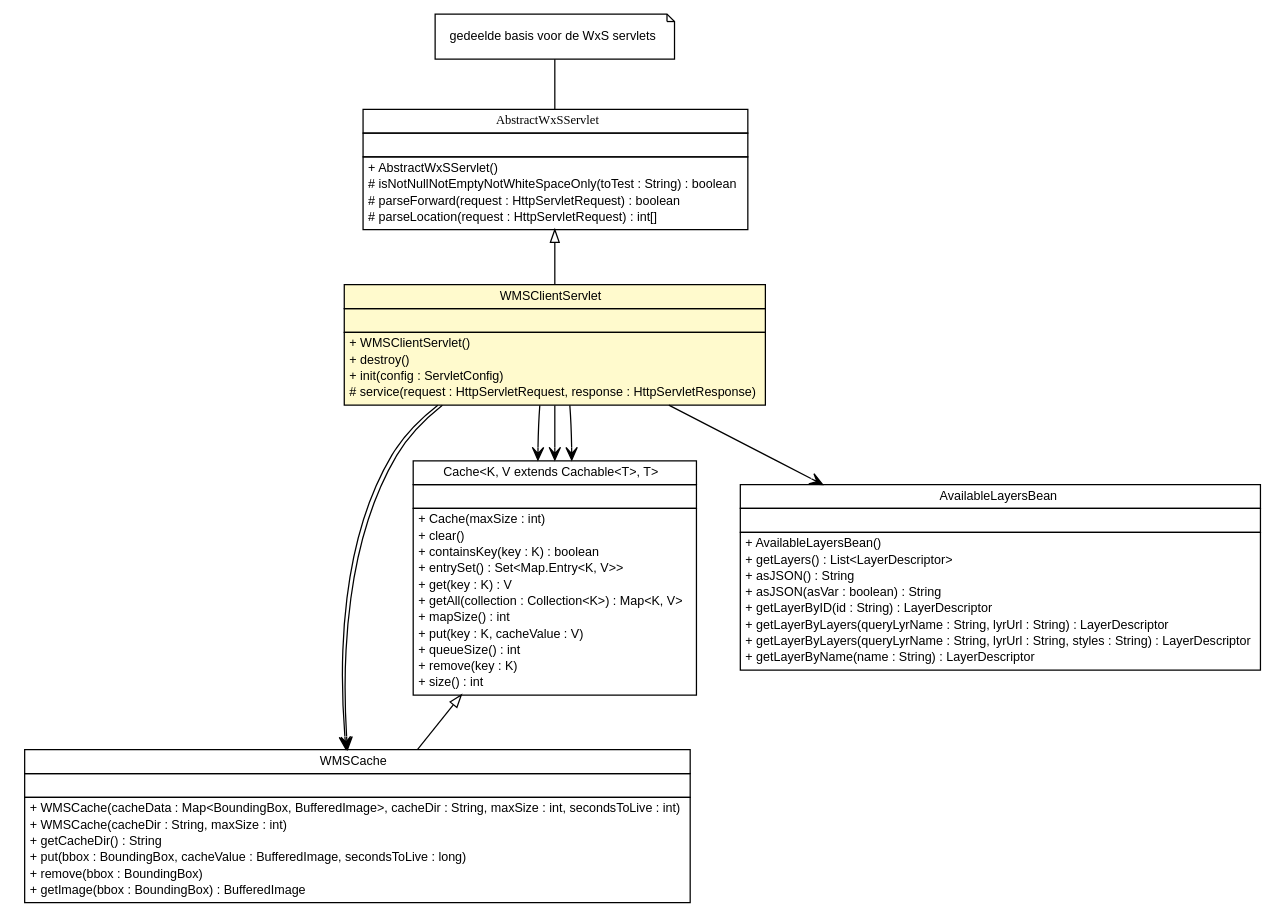
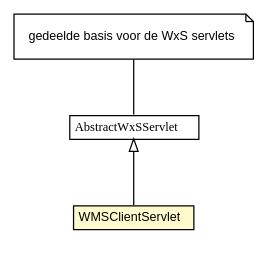
One commit to MinELenI/CBSviewer changed the diagram in apidocs/nl/mineleni/cbsviewer/servlet/wms/WMSClientServlet.dot. Above: the diagram before and after it, drawn with Graphviz. The commit also changed 1016 other files, not shown here.

```diff
--- a/apidocs/nl/mineleni/cbsviewer/servlet/wms/WMSClientServlet.dot
+++ b/apidocs/nl/mineleni/cbsviewer/servlet/wms/WMSClientServlet.dot
@@ -1,123 +1,33 @@
 #!/usr/local/bin/dot
 #
 # Class diagram 
-# Generated by UMLGraph version R5_6 (http://www.umlgraph.org/)
+# Generated by UMLGraph version R5_6-24-gf6e263 (http://www.umlgraph.org/)
 #
 
 digraph G {
 	edge [fontname="arial",fontsize=10,labelfontname="arial",labelfontsize=10];
 	node [fontname="arial",fontsize=10,shape=plaintext];
 	nodesep=0.25;
 	ranksep=0.5;
 	// nl.mineleni.cbsviewer.servlet.AbstractWxSServlet
-	c2704 [label=<<table title="nl.mineleni.cbsviewer.servlet.AbstractWxSServlet" border="0" cellborder="1" cellspacing="0" cellpadding="2" port="p" href="../AbstractWxSServlet.html">
+	c4220 [label=<<table title="nl.mineleni.cbsviewer.servlet.AbstractWxSServlet" border="0" cellborder="1" cellspacing="0" cellpadding="2" port="p" href="../AbstractWxSServlet.html">
 		<tr><td><table border="0" cellspacing="0" cellpadding="1">
 <tr><td align="center" balign="center"><font face="arial italic"> AbstractWxSServlet </font></td></tr>
 		</table></td></tr>
-		<tr><td><table border="0" cellspacing="0" cellpadding="1">
-<tr><td align="left" balign="left">  </td></tr>
-		</table></td></tr>
-		<tr><td><table border="0" cellspacing="0" cellpadding="1">
-<tr><td align="left" balign="left"> + AbstractWxSServlet() </td></tr>
-<tr><td align="left" balign="left"> # isNotNullNotEmptyNotWhiteSpaceOnly(toTest : String) : boolean </td></tr>
-<tr><td align="left" balign="left"> # parseForward(request : HttpServletRequest) : boolean </td></tr>
-<tr><td align="left" balign="left"> # parseLocation(request : HttpServletRequest) : int[] </td></tr>
-		</table></td></tr>
 		</table>>, URL="../AbstractWxSServlet.html", fontname="arial", fontcolor="black", fontsize=10.0];
 	// Note annotation
-	n0cc2704 [label=<<table title="nl.mineleni.cbsviewer.servlet.AbstractWxSServlet" border="0" cellborder="0" cellspacing="0" cellpadding="2" port="p" href="../AbstractWxSServlet.html">
+	n0cc4220 [label=<<table title="nl.mineleni.cbsviewer.servlet.AbstractWxSServlet" border="0" cellborder="0" cellspacing="0" cellpadding="2" port="p" href="../AbstractWxSServlet.html">
 		<tr><td><table border="0" cellspacing="0" cellpadding="1">
 <tr><td align="left" balign="left"> gedeelde basis voor de WxS servlets </td></tr>
 		</table></td></tr>
 		</table>>, fontname="arial", fontcolor="black", fontsize=10.0, shape=note];
-	n0cc2704 -> c2704:p[arrowhead=none];
+	n0cc4220 -> c4220:p[arrowhead=none];
 	// nl.mineleni.cbsviewer.servlet.wms.WMSClientServlet
-	c2710 [label=<<table title="nl.mineleni.cbsviewer.servlet.wms.WMSClientServlet" border="0" cellborder="1" cellspacing="0" cellpadding="2" port="p" bgcolor="lemonChiffon" href="./WMSClientServlet.html">
+	c4226 [label=<<table title="nl.mineleni.cbsviewer.servlet.wms.WMSClientServlet" border="0" cellborder="1" cellspacing="0" cellpadding="2" port="p" bgcolor="lemonChiffon" href="./WMSClientServlet.html">
 		<tr><td><table border="0" cellspacing="0" cellpadding="1">
 <tr><td align="center" balign="center"> WMSClientServlet </td></tr>
 		</table></td></tr>
-		<tr><td><table border="0" cellspacing="0" cellpadding="1">
-<tr><td align="left" balign="left">  </td></tr>
-		</table></td></tr>
-		<tr><td><table border="0" cellspacing="0" cellpadding="1">
-<tr><td align="left" balign="left"> + WMSClientServlet() </td></tr>
-<tr><td align="left" balign="left"> + destroy() </td></tr>
-<tr><td align="left" balign="left"> + init(config : ServletConfig) </td></tr>
-<tr><td align="left" balign="left"> # service(request : HttpServletRequest, response : HttpServletResponse) </td></tr>
-		</table></td></tr>
 		</table>>, URL="./WMSClientServlet.html", fontname="arial", fontcolor="black", fontsize=10.0];
-	// nl.mineleni.cbsviewer.servlet.wms.cache.WMSCache
-	c2714 [label=<<table title="nl.mineleni.cbsviewer.servlet.wms.cache.WMSCache" border="0" cellborder="1" cellspacing="0" cellpadding="2" port="p" href="./cache/WMSCache.html">
-		<tr><td><table border="0" cellspacing="0" cellpadding="1">
-<tr><td align="center" balign="center"> WMSCache </td></tr>
-		</table></td></tr>
-		<tr><td><table border="0" cellspacing="0" cellpadding="1">
-<tr><td align="left" balign="left">  </td></tr>
-		</table></td></tr>
-		<tr><td><table border="0" cellspacing="0" cellpadding="1">
-<tr><td align="left" balign="left"> + WMSCache(cacheData : Map&lt;BoundingBox, BufferedImage&gt;, cacheDir : String, maxSize : int, secondsToLive : int) </td></tr>
-<tr><td align="left" balign="left"> + WMSCache(cacheDir : String, maxSize : int) </td></tr>
-<tr><td align="left" balign="left"> + getCacheDir() : String </td></tr>
-<tr><td align="left" balign="left"> + put(bbox : BoundingBox, cacheValue : BufferedImage, secondsToLive : long) </td></tr>
-<tr><td align="left" balign="left"> + remove(bbox : BoundingBox) </td></tr>
-<tr><td align="left" balign="left"> + getImage(bbox : BoundingBox) : BufferedImage </td></tr>
-		</table></td></tr>
-		</table>>, URL="./cache/WMSCache.html", fontname="arial", fontcolor="black", fontsize=10.0];
-	// nl.mineleni.cbsviewer.servlet.wms.cache.Cache<K, V extends nl.mineleni.cbsviewer.servlet.wms.cache.Cachable<T>, T>
-	c2717 [label=<<table title="nl.mineleni.cbsviewer.servlet.wms.cache.Cache" border="0" cellborder="1" cellspacing="0" cellpadding="2" port="p" href="./cache/Cache.html">
-		<tr><td><table border="0" cellspacing="0" cellpadding="1">
-<tr><td align="center" balign="center"> Cache&lt;K, V extends Cachable&lt;T&gt;, T&gt; </td></tr>
-		</table></td></tr>
-		<tr><td><table border="0" cellspacing="0" cellpadding="1">
-<tr><td align="left" balign="left">  </td></tr>
-		</table></td></tr>
-		<tr><td><table border="0" cellspacing="0" cellpadding="1">
-<tr><td align="left" balign="left"> + Cache(maxSize : int) </td></tr>
-<tr><td align="left" balign="left"> + clear() </td></tr>
-<tr><td align="left" balign="left"> + containsKey(key : K) : boolean </td></tr>
-<tr><td align="left" balign="left"> + entrySet() : Set&lt;Map.Entry&lt;K, V&gt;&gt; </td></tr>
-<tr><td align="left" balign="left"> + get(key : K) : V </td></tr>
-<tr><td align="left" balign="left"> + getAll(collection : Collection&lt;K&gt;) : Map&lt;K, V&gt; </td></tr>
-<tr><td align="left" balign="left"> + mapSize() : int </td></tr>
-<tr><td align="left" balign="left"> + put(key : K, cacheValue : V) </td></tr>
-<tr><td align="left" balign="left"> + queueSize() : int </td></tr>
-<tr><td align="left" balign="left"> + remove(key : K) </td></tr>
-<tr><td align="left" balign="left"> + size() : int </td></tr>
-		</table></td></tr>
-		</table>>, URL="./cache/Cache.html", fontname="arial", fontcolor="black", fontsize=10.0];
-	// nl.mineleni.cbsviewer.util.AvailableLayersBean
-	c2727 [label=<<table title="nl.mineleni.cbsviewer.util.AvailableLayersBean" border="0" cellborder="1" cellspacing="0" cellpadding="2" port="p" href="../../util/AvailableLayersBean.html">
-		<tr><td><table border="0" cellspacing="0" cellpadding="1">
-<tr><td align="center" balign="center"> AvailableLayersBean </td></tr>
-		</table></td></tr>
-		<tr><td><table border="0" cellspacing="0" cellpadding="1">
-<tr><td align="left" balign="left">  </td></tr>
-		</table></td></tr>
-		<tr><td><table border="0" cellspacing="0" cellpadding="1">
-<tr><td align="left" balign="left"> + AvailableLayersBean() </td></tr>
-<tr><td align="left" balign="left"> + getLayers() : List&lt;LayerDescriptor&gt; </td></tr>
-<tr><td align="left" balign="left"> + asJSON() : String </td></tr>
-<tr><td align="left" balign="left"> + asJSON(asVar : boolean) : String </td></tr>
-<tr><td align="left" balign="left"> + getLayerByID(id : String) : LayerDescriptor </td></tr>
-<tr><td align="left" balign="left"> + getLayerByLayers(queryLyrName : String, lyrUrl : String) : LayerDescriptor </td></tr>
-<tr><td align="left" balign="left"> + getLayerByLayers(queryLyrName : String, lyrUrl : String, styles : String) : LayerDescriptor </td></tr>
-<tr><td align="left" balign="left"> + getLayerByName(name : String) : LayerDescriptor </td></tr>
-		</table></td></tr>
-		</table>>, URL="../../util/AvailableLayersBean.html", fontname="arial", fontcolor="black", fontsize=10.0];
 	//nl.mineleni.cbsviewer.servlet.wms.WMSClientServlet extends nl.mineleni.cbsviewer.servlet.AbstractWxSServlet
-	c2704:p -> c2710:p [dir=back,arrowtail=empty];
-	//nl.mineleni.cbsviewer.servlet.wms.cache.WMSCache extends nl.mineleni.cbsviewer.servlet.wms.cache.Cache<org.opengis.geometry.BoundingBox, nl.mineleni.cbsviewer.servlet.wms.cache.CacheImage, java.awt.image.BufferedImage>
-	c2717:p -> c2714:p [dir=back,arrowtail=empty];
-	// nl.mineleni.cbsviewer.servlet.wms.WMSClientServlet NAVASSOC nl.mineleni.cbsviewer.servlet.wms.cache.Cache<K, V extends nl.mineleni.cbsviewer.servlet.wms.cache.Cachable<T>, T>
-	c2710:p -> c2717:p [taillabel="", label="", headlabel="", fontname="arial", fontcolor="black", fontsize=10.0, color="black", arrowhead=open];
-	// nl.mineleni.cbsviewer.servlet.wms.WMSClientServlet NAVASSOC nl.mineleni.cbsviewer.servlet.wms.cache.Cache<K, V extends nl.mineleni.cbsviewer.servlet.wms.cache.Cachable<T>, T>
-	c2710:p -> c2717:p [taillabel="", label="", headlabel="", fontname="arial", fontcolor="black", fontsize=10.0, color="black", arrowhead=open];
-	// nl.mineleni.cbsviewer.servlet.wms.WMSClientServlet NAVASSOC nl.mineleni.cbsviewer.servlet.wms.cache.Cache<K, V extends nl.mineleni.cbsviewer.servlet.wms.cache.Cachable<T>, T>
-	c2710:p -> c2717:p [taillabel="", label="", headlabel="", fontname="arial", fontcolor="black", fontsize=10.0, color="black", arrowhead=open];
-	// nl.mineleni.cbsviewer.servlet.wms.WMSClientServlet NAVASSOC nl.mineleni.cbsviewer.util.AvailableLayersBean
-	c2710:p -> c2727:p [taillabel="", label="", headlabel="", fontname="arial", fontcolor="black", fontsize=10.0, color="black", arrowhead=open];
-	// nl.mineleni.cbsviewer.servlet.wms.WMSClientServlet NAVASSOC nl.mineleni.cbsviewer.servlet.wms.cache.WMSCache
-	c2710:p -> c2714:p [taillabel="", label="", headlabel="", fontname="arial", fontcolor="black", fontsize=10.0, color="black", arrowhead=open];
-	// nl.mineleni.cbsviewer.servlet.wms.WMSClientServlet NAVASSOC nl.mineleni.cbsviewer.servlet.wms.cache.WMSCache
-	c2710:p -> c2714:p [taillabel="", label="", headlabel="", fontname="arial", fontcolor="black", fontsize=10.0, color="black", arrowhead=open];
+	c4220:p -> c4226:p [dir=back,arrowtail=empty];
 }
```
